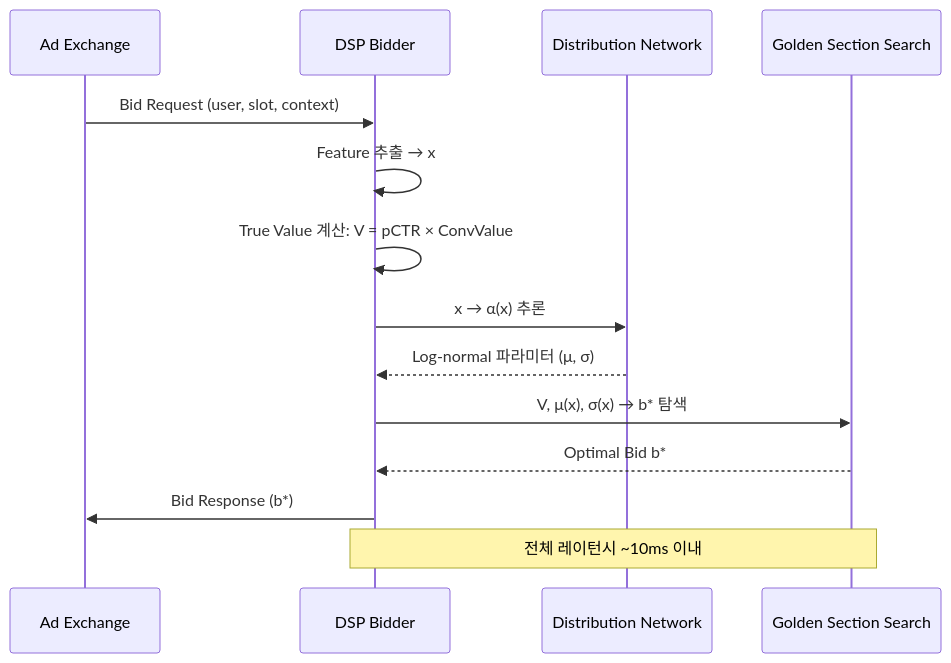
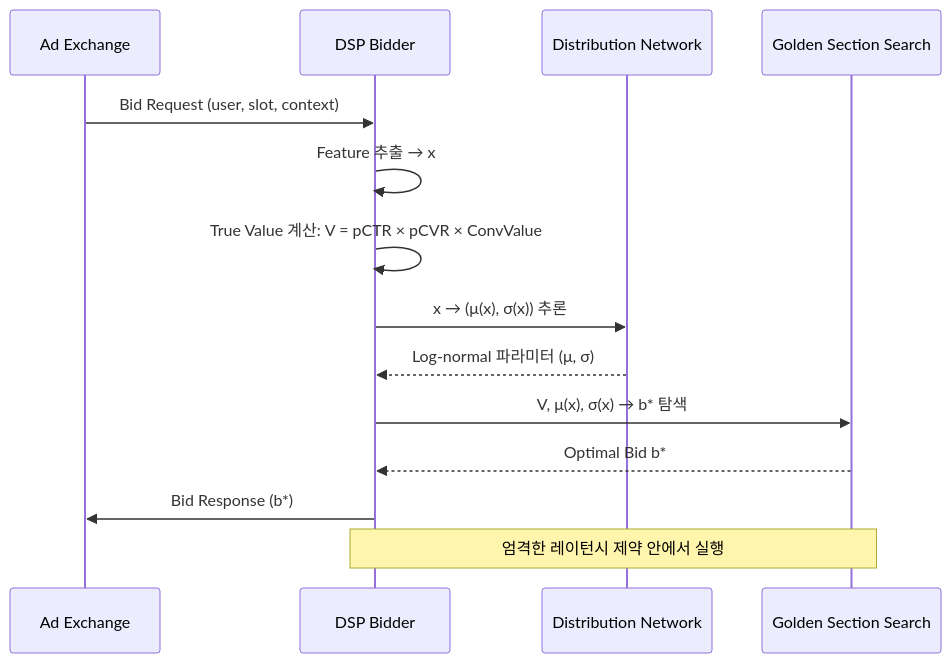
Before and after one commit to chkimsu/adtech-blog: the second of 2 diagrams in posts-easy/bid-shading-censored.md, drawn with Mermaid. The commit also changed other lines of this file and 2 other files, not shown here.

````diff
--- a/posts-easy/bid-shading-censored.md
+++ b/posts-easy/bid-shading-censored.md
@@ -589,17 +591,17 @@
 ```mermaid
 sequenceDiagram
     participant AX as Ad Exchange
     participant DSP as DSP Bidder
     participant DN as Distribution Network
     participant GSS as Golden Section Search
 
     AX->>DSP: Bid Request (user, slot, context)
     DSP->>DSP: Feature 추출 → x
-    DSP->>DSP: True Value 계산: V = pCTR × ConvValue
-    DSP->>DN: x → α(x) 추론
+    DSP->>DSP: True Value 계산: V = pCTR × pCVR × ConvValue
+    DSP->>DN: x → (μ(x), σ(x)) 추론
     DN-->>DSP: Log-normal 파라미터 (μ, σ)
     DSP->>GSS: V, μ(x), σ(x) → b* 탐색
     GSS-->>DSP: Optimal Bid b*
     DSP->>AX: Bid Response (b*)
-    Note over DSP,GSS: 전체 레이턴시 ~10ms 이내
+    Note over DSP,GSS: 엄격한 레이턴시 제약 안에서 실행
 ```
````
